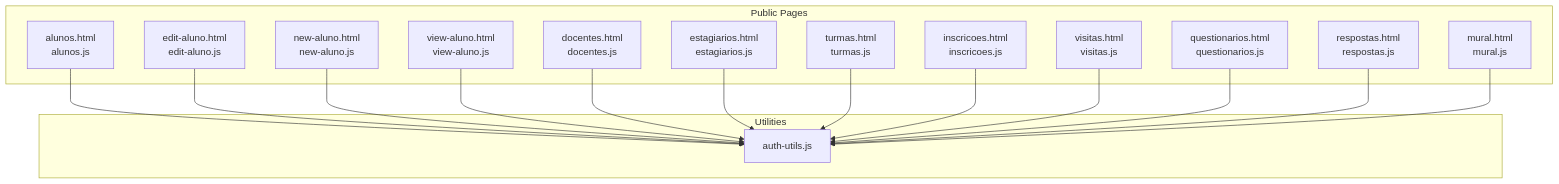
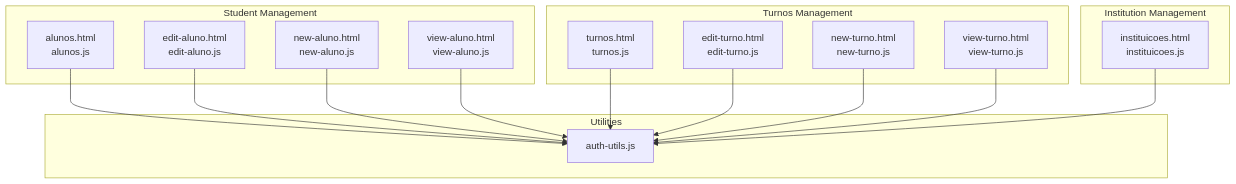
One commit to luiseduacosta/nodemural changed the first of 5 diagrams in .qoder/repowiki/en/content/Frontend Architecture/Entity Management Interfaces.md. Above: the diagram before and after it, drawn with Mermaid. The commit also changed other lines of this file and 4 other files, not shown here.

````diff
--- a/.qoder/repowiki/en/content/Frontend Architecture/Entity Management Interfaces.md
+++ b/.qoder/repowiki/en/content/Frontend Architecture/Entity Management Interfaces.md
@@ -46,32 +56,30 @@
 ```mermaid
 graph TB
-subgraph "Public Pages"
+subgraph "Student Management"
 A1["alunos.html<br/>alunos.js"]
 A2["edit-aluno.html<br/>edit-aluno.js"]
 A3["new-aluno.html<br/>new-aluno.js"]
 A4["view-aluno.html<br/>view-aluno.js"]
-D1["docentes.html<br/>docentes.js"]
-E1["estagiarios.html<br/>estagiarios.js"]
-T1["turmas.html<br/>turmas.js"]
-I1["inscricoes.html<br/>inscricoes.js"]
-V1["visitas.html<br/>visitas.js"]
-Q1["questionarios.html<br/>questionarios.js"]
-R1["respostas.html<br/>respostas.js"]
-M1["mural.html<br/>mural.js"]
+end
+subgraph "Turnos Management"
+T1["turnos.html<br/>turnos.js"]
+T2["edit-turno.html<br/>edit-turno.js"]
+T3["new-turno.html<br/>new-turno.js"]
+T4["view-turno.html<br/>view-turno.js"]
+end
+subgraph "Institution Management"
+I1["instituicoes.html<br/>instituicoes.js"]
 end
 subgraph "Utilities"
 U1["auth-utils.js"]
 end
 A1 --> U1
 A2 --> U1
 A3 --> U1
 A4 --> U1
-D1 --> U1
-E1 --> U1
 T1 --> U1
+T2 --> U1
+T3 --> U1
+T4 --> U1
 I1 --> U1
-V1 --> U1
-Q1 --> U1
-R1 --> U1
-M1 --> U1
 ```
````
